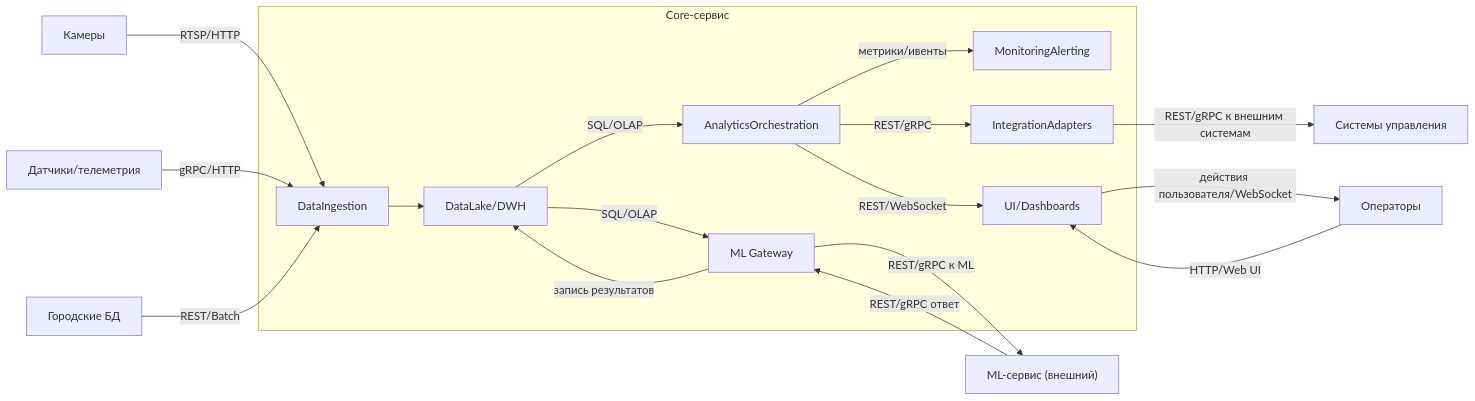
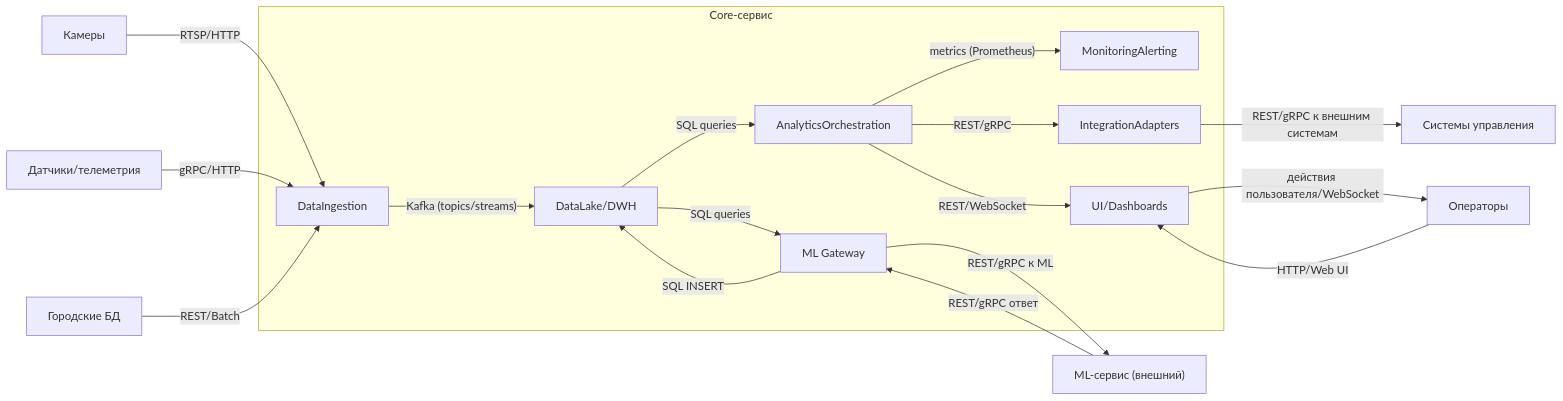
Before and after one commit to Phund4/its-project: the second of 2 diagrams in readme.md, drawn with Mermaid. The commit also changed other lines of this file, not shown here.

````diff
--- a/readme.md
+++ b/readme.md
@@ -309,38 +309,38 @@
 ```mermaid
 flowchart LR
   extCameras["Камеры"]
   extSensors["Датчики/телеметрия"]
   extCityDB["Городские БД"]
 
   subgraph core ["Core-сервис"]
     dataIngest["DataIngestion"]
     dataLake["DataLake/DWH"]
     mlGateway["ML Gateway"]
     analytics["AnalyticsOrchestration"]
     monitoring["MonitoringAlerting"]
     ui["UI/Dashboards"]
     adapters["IntegrationAdapters"]
   end
 
   mlService["ML-сервис (внешний)"]
   trafficCtrl["Системы управления"]
   operators["Операторы"]
 
   extCameras -->|"RTSP/HTTP"| dataIngest
   extSensors -->|"gRPC/HTTP"| dataIngest
   extCityDB -->|"REST/Batch"| dataIngest
 
-  dataIngest --> dataLake
-  dataLake -->|"SQL/OLAP"| mlGateway
+  dataIngest -->|"Kafka (topics/streams)"| dataLake
+  dataLake -->|"SQL queries"| mlGateway
   mlGateway -->|"REST/gRPC к ML"| mlService
   mlService -->|"REST/gRPC ответ"| mlGateway
-  mlGateway -->|"запись результатов"| dataLake
-  dataLake -->|"SQL/OLAP"| analytics
+  mlGateway -->|"SQL INSERT"| dataLake
+  dataLake -->|"SQL queries"| analytics
   analytics -->|"REST/gRPC"| adapters
   analytics -->|"REST/WebSocket"| ui
 
   adapters -->|"REST/gRPC к внешним системам"| trafficCtrl
   operators -->|"HTTP/Web UI"| ui
   ui -->|"действия пользователя/WebSocket"| operators
-  analytics -->|"метрики/ивенты"| monitoring
+  analytics -->|"metrics (Prometheus)"| monitoring
 ```
````
